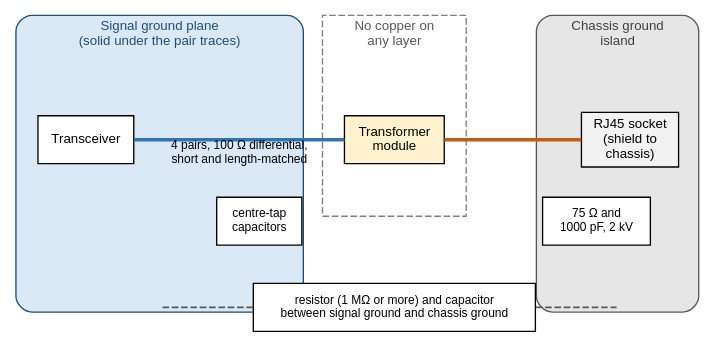
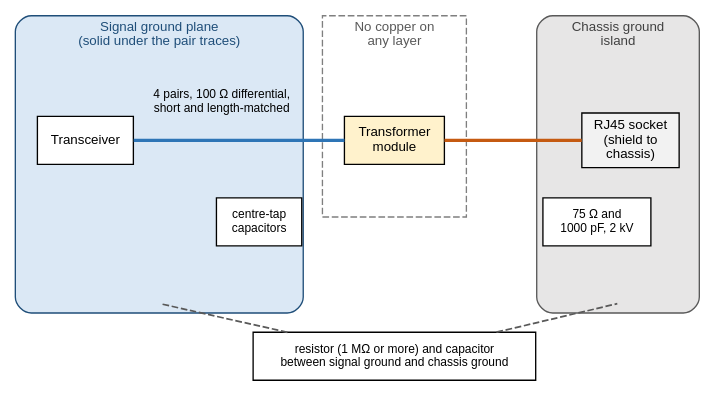
One commit to mithro/evampire changed the diagram in docs/ethernet/magnetics/layout.dot. Above: the diagram before and after it, drawn with Graphviz. The commit also changed 3 other files, not shown here.

Commit message:
Fix magnetics diagrams from review: 49.9 ohm, gaps, overlaps, no page names inside drawings

```diff
--- a/docs/ethernet/magnetics/layout.dot
+++ b/docs/ethernet/magnetics/layout.dot
@@ -1,49 +1,52 @@
 // Top view of the board areas around one Ethernet port.
 //
 // SPDX-License-Identifier: Apache-2.0
 
 graph layout_regions {
     graph [layout=neato, splines=line, fontname="Helvetica", fontsize=11,
            outputorder=nodesfirst];
     node  [fontname="Helvetica", fontsize=10, pin=true];
     edge  [fontname="Helvetica", fontsize=9, penwidth=1.3];
 
     // Board areas, drawn as large boxes behind the parts.
     gnd [pos="1.20,0.75!", shape=box, style="filled,rounded", fillcolor="#dbe8f5",
          color="#1f4e79", width=3.0, height=3.1, fixedsize=true,
          label="", xlabel=""];
     gnd_t [pos="1.20,2.1!", shape=plain, fontcolor="#1f4e79",
            label="Signal ground plane\n(solid under the pair traces)"];
 
     keep [pos="3.65,1.25!", shape=box, style="filled,dashed", fillcolor="#ffffff",
           color="#7f7f7f", width=1.5, height=2.1, fixedsize=true, label=""];
     keep_t [pos="3.65,2.1!", shape=plain, fontcolor="#595959",
             label="No copper on\nany layer"];
 
     chas [pos="5.98,0.75!", shape=box, style="filled,rounded", fillcolor="#e7e6e6",
           color="#595959", width=1.7, height=3.1, fixedsize=true, label=""];
     chas_t [pos="5.98,2.1!", shape=plain, fontcolor="#404040",
             label="Chassis ground\nisland"];
 
+    pairs_t [pos="1.85,1.4!", shape=plain, fontsize=9,
+             label="4 pairs, 100 Ω differential,\nshort and length-matched"];
+
     // Parts.
     phy  [pos="0.43,1.0!", shape=box, style=filled, fillcolor="#ffffff",
           label="Transceiver"];
     cct  [pos="2.24,0.15!", shape=box, style=filled, fillcolor="#ffffff",
           fontsize=9, label="centre-tap\ncapacitors"];
     xfmr [pos="3.65,1.0!", shape=box, style=filled, fillcolor="#fff2cc",
           label="Transformer\nmodule"];
     rj45 [pos="6.11,1.0!", shape=box, style=filled, fillcolor="#f2f2f2",
           label="RJ45 socket\n(shield to\nchassis)"];
     bs   [pos="5.76,0.15!", shape=box, style=filled, fillcolor="#ffffff",
           fontsize=9, label="75 Ω and\n1000 pF, 2 kV"];
-    rc   [pos="3.65,-0.75!", shape=box, style=filled, fillcolor="#ffffff",
+    rc   [pos="3.65,-1.25!", shape=box, style=filled, fillcolor="#ffffff",
           fontsize=9, label="resistor (1 MΩ or more) and capacitor\nbetween signal ground and chassis ground"];
-    rcl  [pos="1.20,-0.75!", shape=point, width=0.01, height=0.01, style=invis];
-    rcr  [pos="5.98,-0.75!", shape=point, width=0.01, height=0.01, style=invis];
+    rcl  [pos="1.20,-0.70!", shape=point, width=0.01, height=0.01, style=invis];
+    rcr  [pos="5.98,-0.70!", shape=point, width=0.01, height=0.01, style=invis];
 
-    phy -- xfmr [label="4 pairs, 100 Ω differential,\nshort and length-matched",
+    phy -- xfmr [
                  penwidth=2.5, color="#2e75b6"];
     xfmr -- rj45 [penwidth=2.5, color="#c55a11"];
     rc -- rcl [style=dashed, color="#595959"];
     rc -- rcr [style=dashed, color="#595959"];
 }
```
